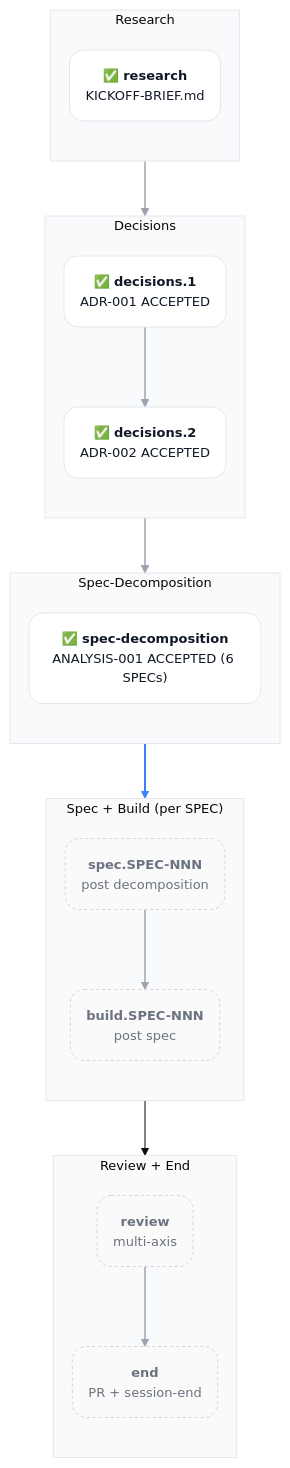
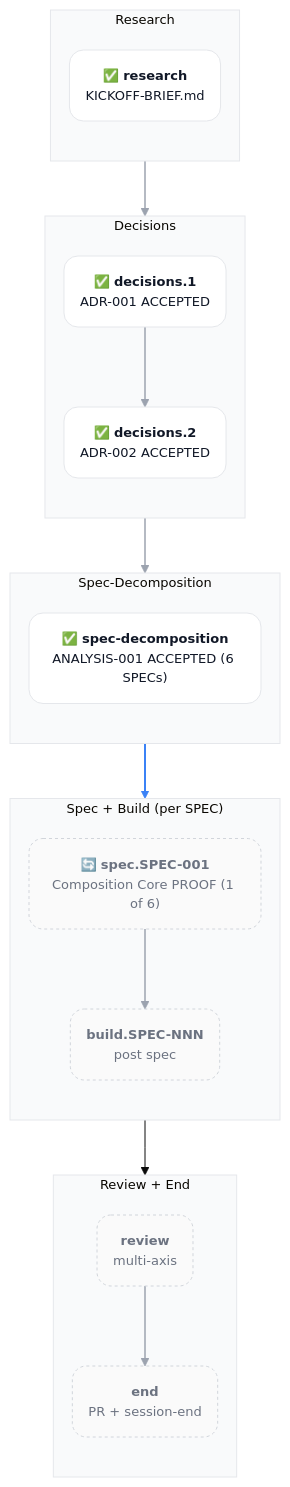
Before and after one commit to acmelabs-15/skills: the first of 3 diagrams in docs/planning/PLAN-001-skills-ecosystem.md, drawn with Mermaid. The commit also changed other lines of this file and 1 other file, not shown here.

First line of the commit message:
plan: spec.SPEC-001 READY → IN_PROGRESS; auto-routing to /spec Stage 2

````diff
--- a/docs/planning/PLAN-001-skills-ecosystem.md
+++ b/docs/planning/PLAN-001-skills-ecosystem.md
@@ -73,49 +73,49 @@
 ```mermaid
 %%{init: {'theme':'base','flowchart':{'curve':'stepAfter','nodeSpacing':18,'rankSpacing':55,'padding':16,'diagramPadding':20,'htmlLabels':true},'themeVariables':{'fontFamily':'-apple-system, BlinkMacSystemFont, system-ui, sans-serif','fontSize':'13px','clusterBkg':'#f9fafb','clusterBorder':'#e5e7eb'},'themeCSS':'.edgePath path, .flowchart-link { stroke-linejoin: round !important; stroke-linecap: round !important; } .cluster-label .nodeLabel { font-family: ui-monospace, SFMono-Regular, Menlo, monospace !important; font-size: 11px !important; font-weight: 600 !important; letter-spacing: 0.1em !important; text-transform: uppercase !important; color: #6b7280 !important; }'}}%%
 graph TD
 
   classDef done fill:#ffffff,stroke:#e5e7eb,stroke-width:1px,color:#111827,rx:14,ry:14
   classDef pending fill:#fafafa,stroke:#d1d5db,stroke-width:1px,color:#6b7280,stroke-dasharray:3 3,rx:14,ry:14
 
   subgraph R ["Research"]
     direction TB
     research("✅ <b>research</b><br/><span style='color:#6b7280;font-size:11px'>KICKOFF-BRIEF.md</span>")
   end
 
   subgraph D ["Decisions"]
     direction TB
     d1("✅ <b>decisions.1</b><br/><span style='color:#6b7280;font-size:11px'>ADR-001 ACCEPTED</span>")
     d2("✅ <b>decisions.2</b><br/><span style='color:#6b7280;font-size:11px'>ADR-002 ACCEPTED</span>")
   end
 
   subgraph S ["Spec-Decomposition"]
     direction TB
     sd("✅ <b>spec-decomposition</b><br/><span style='color:#6b7280;font-size:11px'>ANALYSIS-001 ACCEPTED (6 SPECs)</span>")
   end
 
   subgraph SB ["Spec + Build (per SPEC)"]
     direction TB
-    spec_n("<b>spec.SPEC-NNN</b><br/><span style='color:#6b7280;font-size:11px'>post decomposition</span>")
+    spec_n("🔄 <b>spec.SPEC-001</b><br/><span style='color:#6b7280;font-size:11px'>Composition Core PROOF (1 of 6)</span>")
     build_n("<b>build.SPEC-NNN</b><br/><span style='color:#6b7280;font-size:11px'>post spec</span>")
     spec_n --> build_n
   end
 
   subgraph RE ["Review + End"]
     direction TB
     review("<b>review</b><br/><span style='color:#6b7280;font-size:11px'>multi-axis</span>")
     fin("<b>end</b><br/><span style='color:#6b7280;font-size:11px'>PR + session-end</span>")
     review --> fin
   end
 
   research --> d1
   d1 --> d2
   d2 --> sd
   sd --> spec_n
   build_n --> review
 
   class research,d1,d2,sd done
   class spec_n,build_n,review,fin pending
 
   linkStyle 0,1,2,3,4 stroke:#9ca3af,stroke-width:1.5px
   linkStyle 5 stroke:#3b82f6,stroke-width:2px
 ```
````
